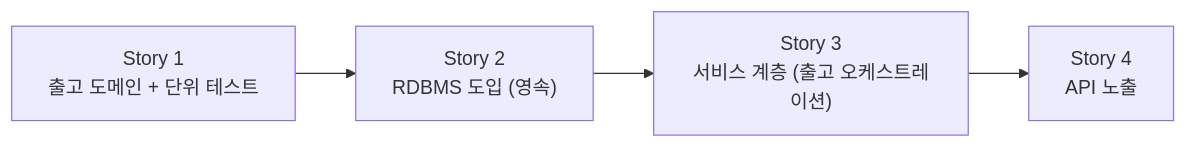
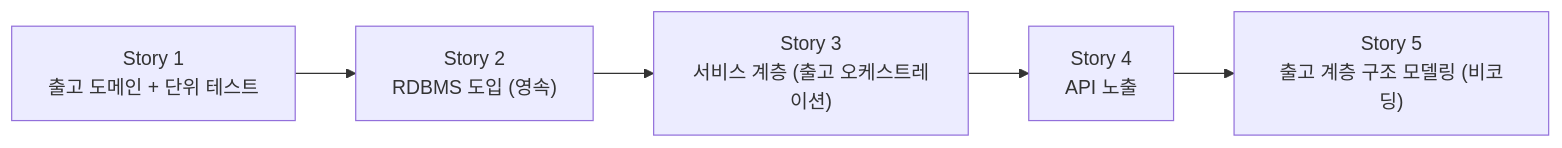
Before and after one commit to JuJin1324/assignment-inventory-management: the diagram in docs/epics/outbound/3-plan/stories.md, drawn with Mermaid. The commit also changed other lines of this file and 2 other files, not shown here.

First line of the commit message:
docs(outbound): Story 5 — 출고 계층 구조 모델링

````diff
--- a/docs/epics/outbound/3-plan/stories.md
+++ b/docs/epics/outbound/3-plan/stories.md
@@ -7,8 +7,9 @@
 ```mermaid
 graph LR
     S1["Story 1<br/>출고 도메인 + 단위 테스트"]
     S2["Story 2<br/>RDBMS 도입 (영속)"]
     S3["Story 3<br/>서비스 계층 (출고 오케스트레이션)"]
     S4["Story 4<br/>API 노출"]
-    S1 --> S2 --> S3 --> S4
+    S5["Story 5<br/>출고 계층 구조 모델링 (비코딩)"]
+    S1 --> S2 --> S3 --> S4 --> S5
 ```
````
